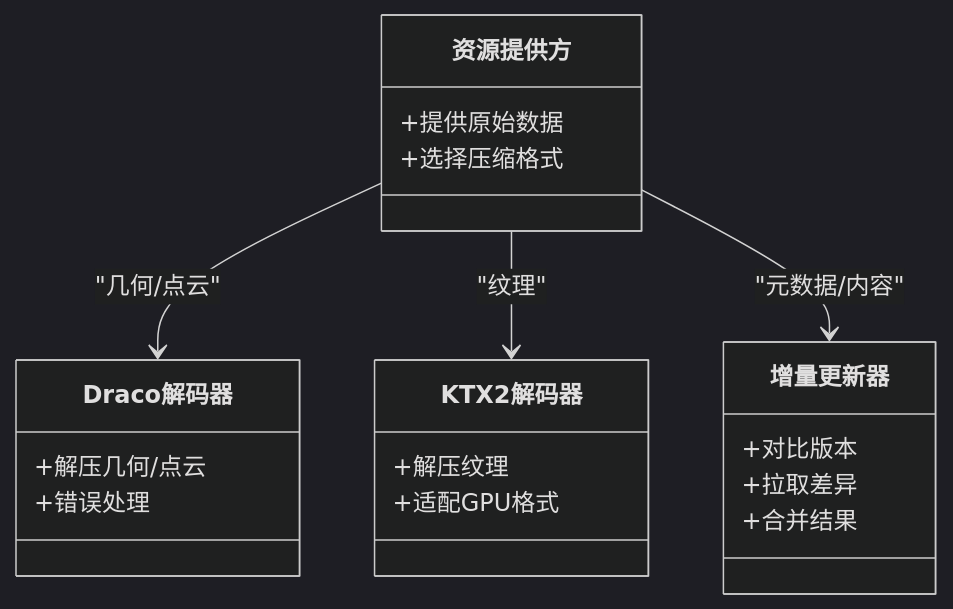
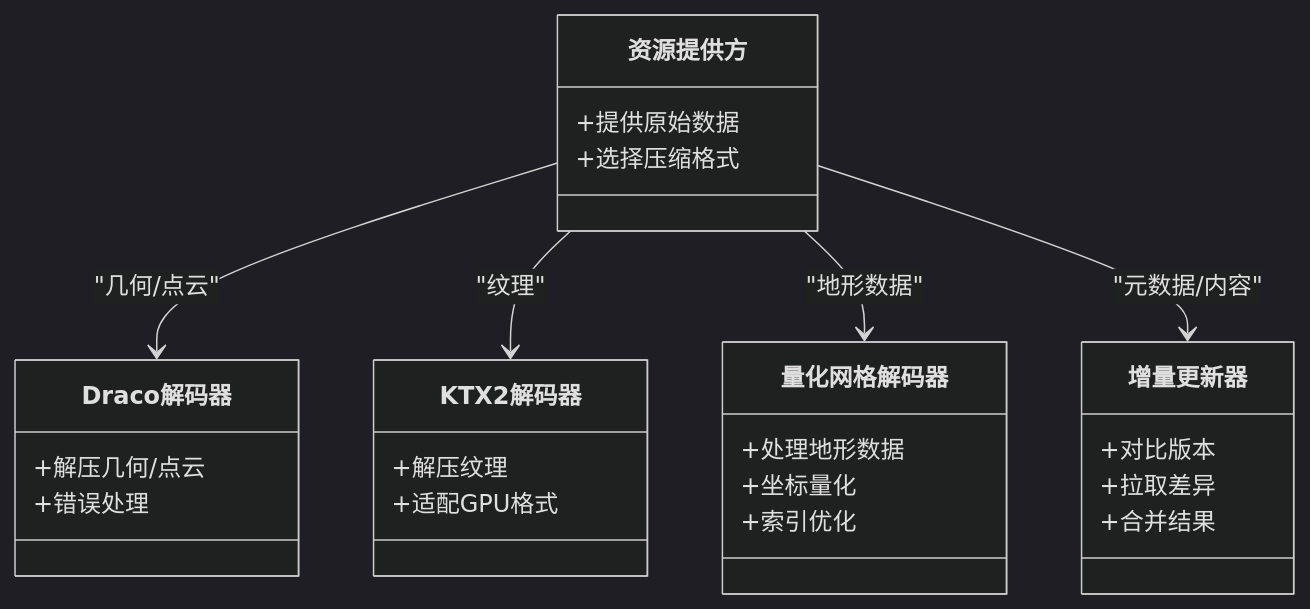
The fourth of 8 diagrams in .qoder/repowiki/zh/content/性能优化/数据加载优化/数据加载优化.md (rzhangjing/cesium), drawn with Mermaid (dark theme) before and after one commit. The commit also changed other lines of this file and 92 other files, not shown here.

````diff
--- a/.qoder/repowiki/zh/content/性能优化/数据加载优化/数据加载优化.md
+++ b/.qoder/repowiki/zh/content/性能优化/数据加载优化/数据加载优化.md
@@ -147,23 +171,29 @@
 ```mermaid
 classDiagram
 class 资源提供方 {
 +提供原始数据
 +选择压缩格式
 }
 class Draco解码器 {
 +解压几何/点云
 +错误处理
 }
 class KTX2解码器 {
 +解压纹理
 +适配GPU格式
 }
+class 量化网格解码器 {
++处理地形数据
++坐标量化
++索引优化
+}
 class 增量更新器 {
 +对比版本
 +拉取差异
 +合并结果
 }
 资源提供方 --> Draco解码器 : "几何/点云"
 资源提供方 --> KTX2解码器 : "纹理"
+资源提供方 --> 量化网格解码器 : "地形数据"
 资源提供方 --> 增量更新器 : "元数据/内容"
 ```
````
